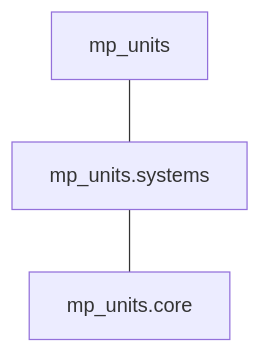
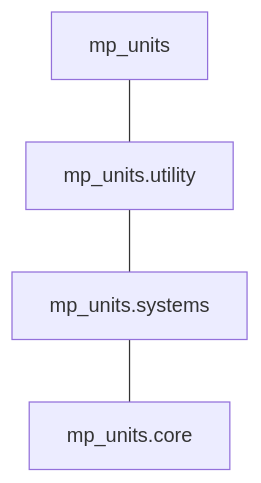
Before and after one commit to mpusz/mp-units: the diagram in docs/getting_started/project_structure.md, drawn with Mermaid. The commit also changed other lines of this file and 9 other files, not shown here.

````diff
--- a/docs/getting_started/project_structure.md
+++ b/docs/getting_started/project_structure.md
@@ -63,4 +63,4 @@
 ```mermaid
 flowchart TD
-    mp_units --- mp_units.systems --- mp_units.core
+    mp_units --- mp_units.utility --- mp_units.systems --- mp_units.core
 ```
````
